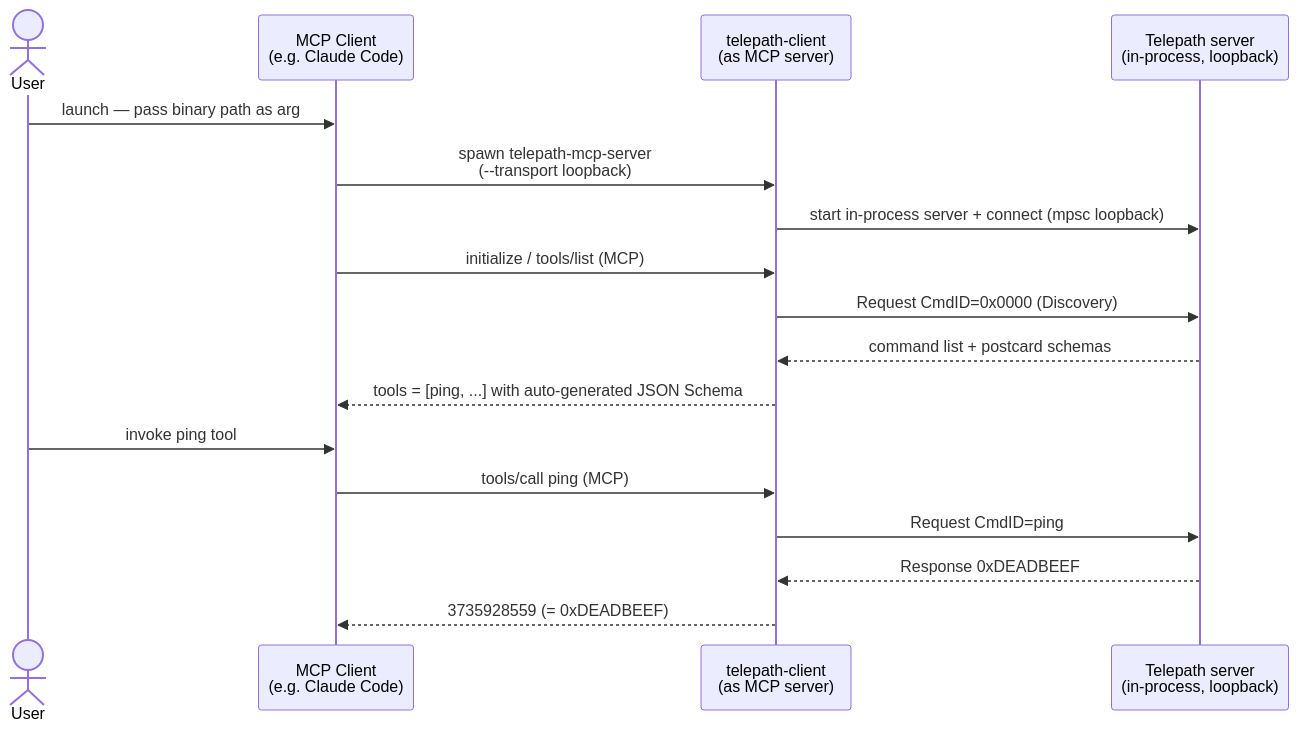
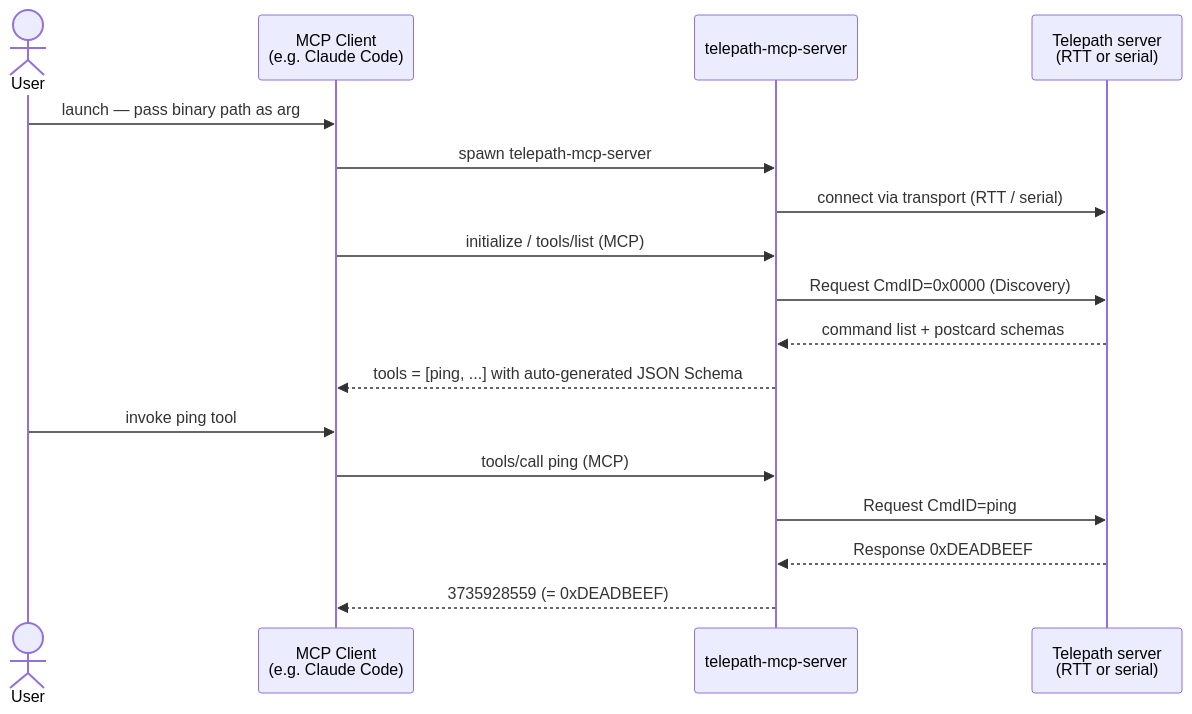
Before and after one commit to tarotene/telepath: the diagram in tools/telepath-mcp-server/README.md, drawn with Mermaid. The commit also changed other lines of this file and 4 other files, not shown here.

Commit message:
docs: purge loopback zombies and fix mcp-server/shell docs post-#66 (#81)

````diff
--- a/tools/telepath-mcp-server/README.md
+++ b/tools/telepath-mcp-server/README.md
@@ -19,20 +18,20 @@
 ```mermaid
 sequenceDiagram
     actor User
     participant MC as MCP Client<br/>(e.g. Claude Code)
-    participant Bridge as telepath-client<br/>(as MCP server)
-    participant TS as Telepath server<br/>(in-process, loopback)
+    participant Bridge as telepath-mcp-server
+    participant TS as Telepath server<br/>(RTT or serial)
 
     User->>MC: launch — pass binary path as arg
-    MC->>Bridge: spawn telepath-mcp-server<br/>(--transport loopback)
-    Bridge->>TS: start in-process server + connect (mpsc loopback)
+    MC->>Bridge: spawn telepath-mcp-server
+    Bridge->>TS: connect via transport (RTT / serial)
     MC->>Bridge: initialize / tools/list (MCP)
     Bridge->>TS: Request CmdID=0x0000 (Discovery)
     TS-->>Bridge: command list + postcard schemas
     Bridge-->>MC: tools = [ping, ...] with auto-generated JSON Schema
     User->>MC: invoke ping tool
     MC->>Bridge: tools/call ping (MCP)
     Bridge->>TS: Request CmdID=ping
     TS-->>Bridge: Response 0xDEADBEEF
     Bridge-->>MC: 3735928559 (= 0xDEADBEEF)
 ```
````
